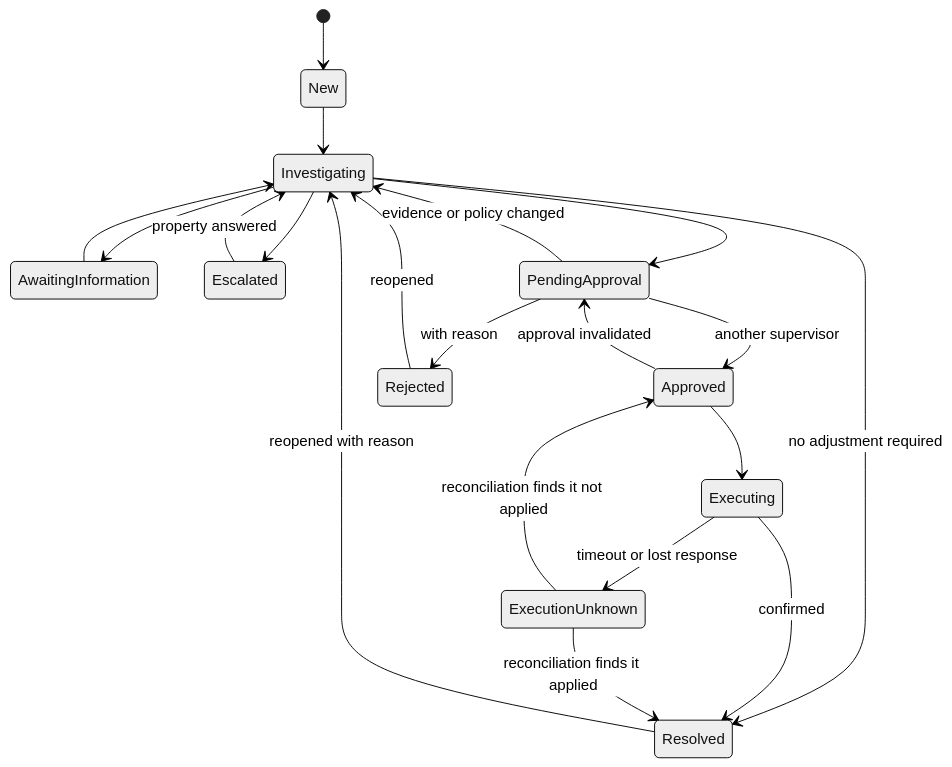
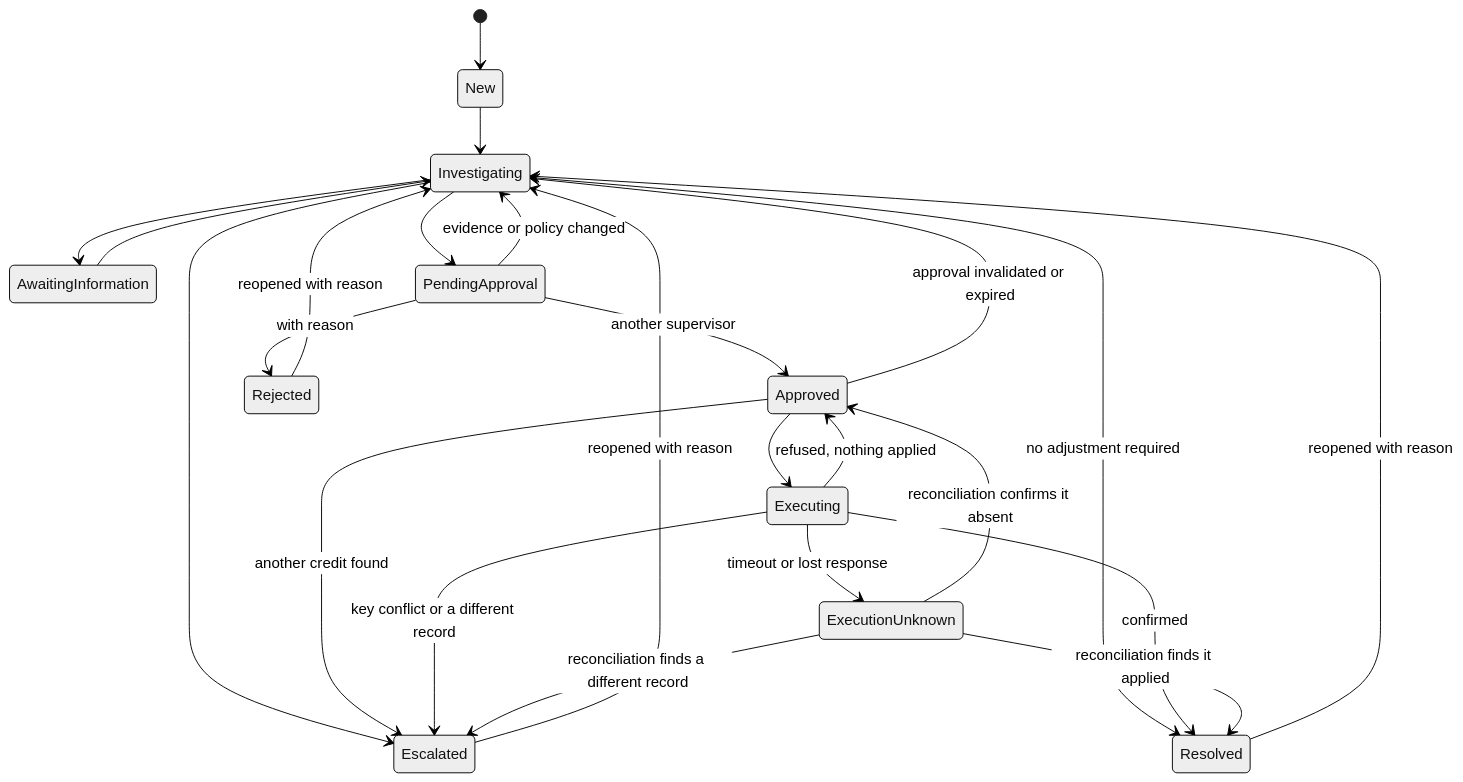
Before and after one commit to vamsialladev/loyalty-support-modernization: the third of 3 diagrams in docs/workflow.md, drawn with Mermaid (neutral theme). The commit also changed other lines of this file and 32 other files, not shown here.

````diff
--- a/docs/workflow.md
+++ b/docs/workflow.md
@@ -75,22 +75,26 @@
 ```mermaid
 stateDiagram-v2
     [*] --> New
     New --> Investigating
     Investigating --> AwaitingInformation
     AwaitingInformation --> Investigating
     Investigating --> Escalated
     Investigating --> PendingApproval
     Investigating --> Resolved: no adjustment required
     PendingApproval --> Approved: another supervisor
     PendingApproval --> Rejected: with reason
     PendingApproval --> Investigating: evidence or policy changed
-    Approved --> PendingApproval: approval invalidated
+    Approved --> Investigating: approval invalidated or expired
     Approved --> Executing
+    Approved --> Escalated: another credit found
     Executing --> Resolved: confirmed
     Executing --> ExecutionUnknown: timeout or lost response
+    Executing --> Approved: refused, nothing applied
+    Executing --> Escalated: key conflict or a different record
     ExecutionUnknown --> Resolved: reconciliation finds it applied
-    ExecutionUnknown --> Approved: reconciliation finds it not applied
-    Rejected --> Investigating: reopened
+    ExecutionUnknown --> Approved: reconciliation confirms it absent
+    ExecutionUnknown --> Escalated: reconciliation finds a different record
+    Rejected --> Investigating: reopened with reason
     Resolved --> Investigating: reopened with reason
-    Escalated --> Investigating: property answered
+    Escalated --> Investigating: reopened with reason
 ```
````
